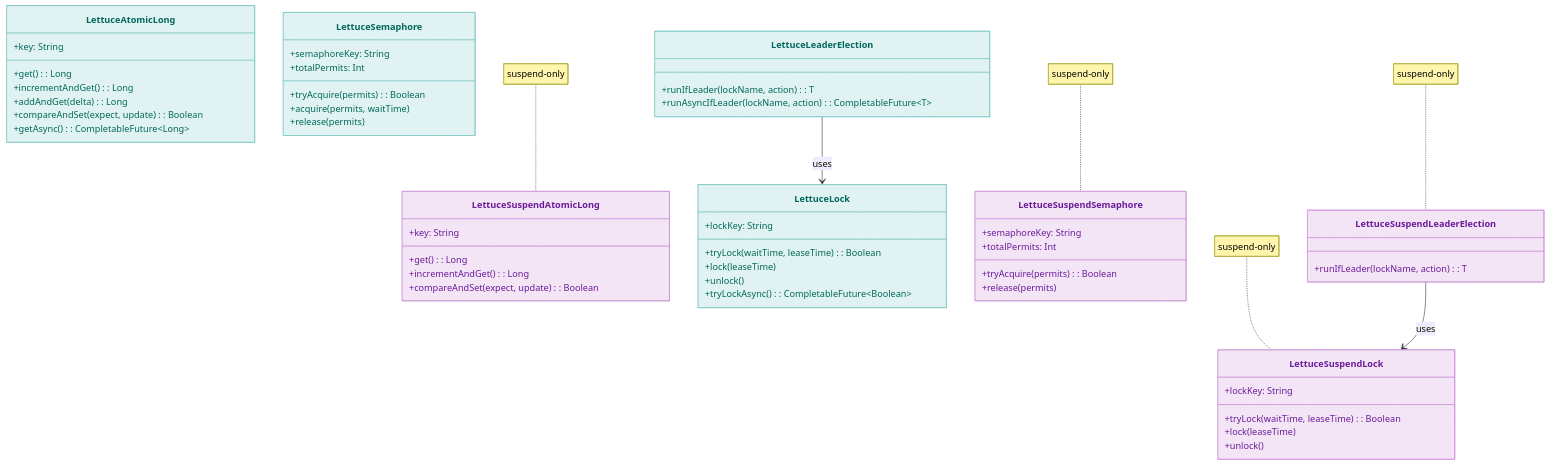
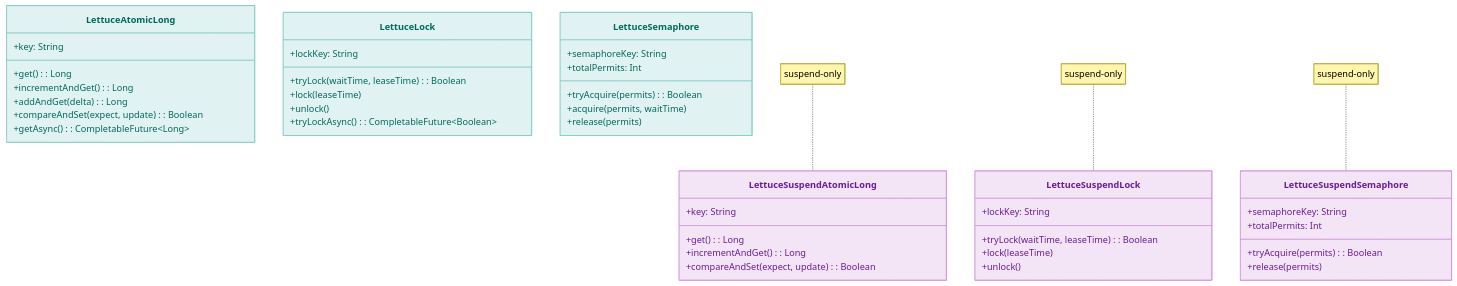
Before and after one commit to bluetape4k/bluetape4k-projects: the first of 3 diagrams in infra/lettuce/README.md, drawn with Mermaid. The commit also changed other lines of this file and 6 other files, not shown here.

First line of the commit message:
Harden lettuce RedisFuture contracts and docs (#372)

````diff
--- a/infra/lettuce/README.md
+++ b/infra/lettuce/README.md
@@ -452,70 +402,57 @@
 ```mermaid
 classDiagram
     class LettuceAtomicLong {
         +key: String
         +get(): Long
         +incrementAndGet(): Long
         +addAndGet(delta): Long
         +compareAndSet(expect, update): Boolean
         +getAsync(): CompletableFuture~Long~
     }
     class LettuceSuspendAtomicLong {
         +key: String
         +get(): Long
         +incrementAndGet(): Long
         +compareAndSet(expect, update): Boolean
     }
 
     class LettuceLock {
         +lockKey: String
         +tryLock(waitTime, leaseTime): Boolean
         +lock(leaseTime)
         +unlock()
         +tryLockAsync(): CompletableFuture~Boolean~
     }
     class LettuceSuspendLock {
         +lockKey: String
         +tryLock(waitTime, leaseTime): Boolean
         +lock(leaseTime)
         +unlock()
     }
 
     class LettuceSemaphore {
         +semaphoreKey: String
         +totalPermits: Int
         +tryAcquire(permits): Boolean
         +acquire(permits, waitTime)
         +release(permits)
     }
     class LettuceSuspendSemaphore {
         +semaphoreKey: String
         +totalPermits: Int
         +tryAcquire(permits): Boolean
         +release(permits)
     }
 
-    class LettuceLeaderElection {
-        +runIfLeader(lockName, action): T
-        +runAsyncIfLeader(lockName, action): CompletableFuture~T~
-    }
-    class LettuceSuspendLeaderElection {
-        +runIfLeader(lockName, action): T
-    }
-
-    LettuceLeaderElection --> LettuceLock: uses
-    LettuceSuspendLeaderElection --> LettuceSuspendLock: uses
     note for LettuceSuspendAtomicLong "suspend-only"
     note for LettuceSuspendLock "suspend-only"
     note for LettuceSuspendSemaphore "suspend-only"
-    note for LettuceSuspendLeaderElection "suspend-only"
 
     style LettuceAtomicLong fill:#E0F2F1,stroke:#80CBC4,color:#00695C
     style LettuceSuspendAtomicLong fill:#F3E5F5,stroke:#CE93D8,color:#6A1B9A
     style LettuceLock fill:#E0F2F1,stroke:#80CBC4,color:#00695C
     style LettuceSuspendLock fill:#F3E5F5,stroke:#CE93D8,color:#6A1B9A
     style LettuceSemaphore fill:#E0F2F1,stroke:#80CBC4,color:#00695C
     style LettuceSuspendSemaphore fill:#F3E5F5,stroke:#CE93D8,color:#6A1B9A
-    style LettuceLeaderElection fill:#E0F2F1,stroke:#80CBC4,color:#00695C
-    style LettuceSuspendLeaderElection fill:#F3E5F5,stroke:#CE93D8,color:#6A1B9A
 
 ```
````
